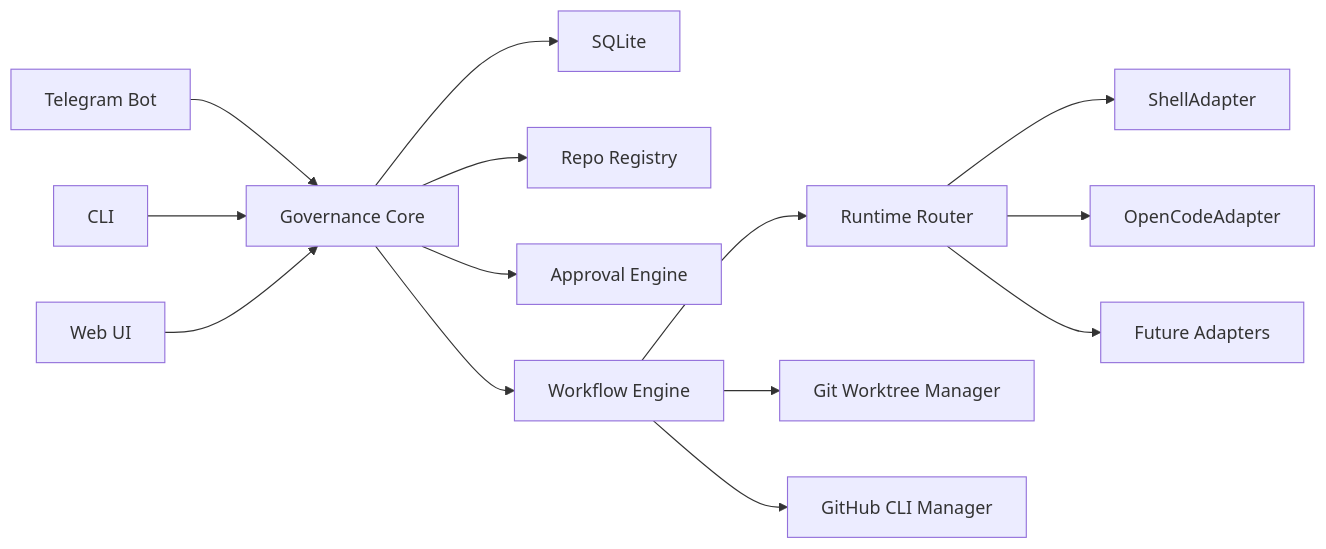
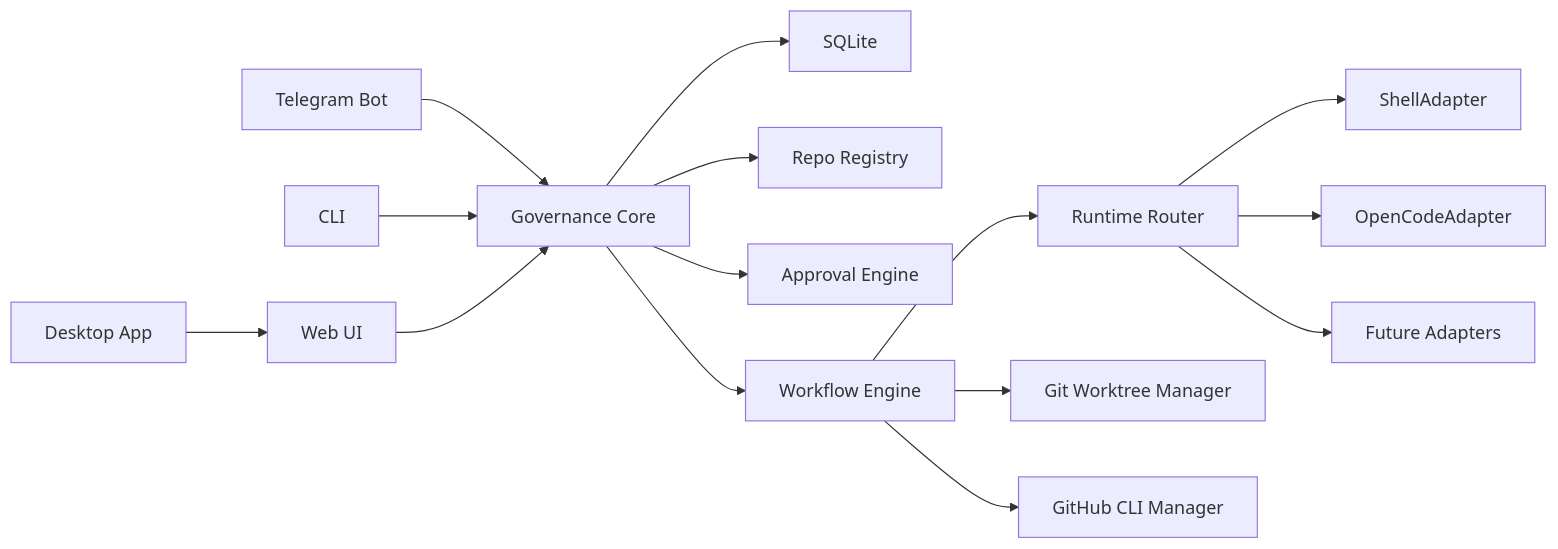
The diagram in README.md (srikanthmx/agent-governor), drawn with Mermaid before and after one commit. The commit also changed other lines of this file and 6 other files, not shown here.

Commit message:
Add desktop app shell

````diff
--- a/README.md
+++ b/README.md
@@ -9,16 +9,17 @@
 ```mermaid
 flowchart LR
   Telegram["Telegram Bot"] --> API["Governance Core"]
   CLI["CLI"] --> API
   Web["Web UI"] --> API
+  Desktop["Desktop App"] --> Web
   API --> DB["SQLite"]
   API --> Repo["Repo Registry"]
   API --> Approval["Approval Engine"]
   API --> Workflow["Workflow Engine"]
   Workflow --> Router["Runtime Router"]
   Router --> Shell["ShellAdapter"]
   Router --> OpenCode["OpenCodeAdapter"]
   Router --> Future["Future Adapters"]
   Workflow --> Worktree["Git Worktree Manager"]
   Workflow --> GitHub["GitHub CLI Manager"]
 ```
````
